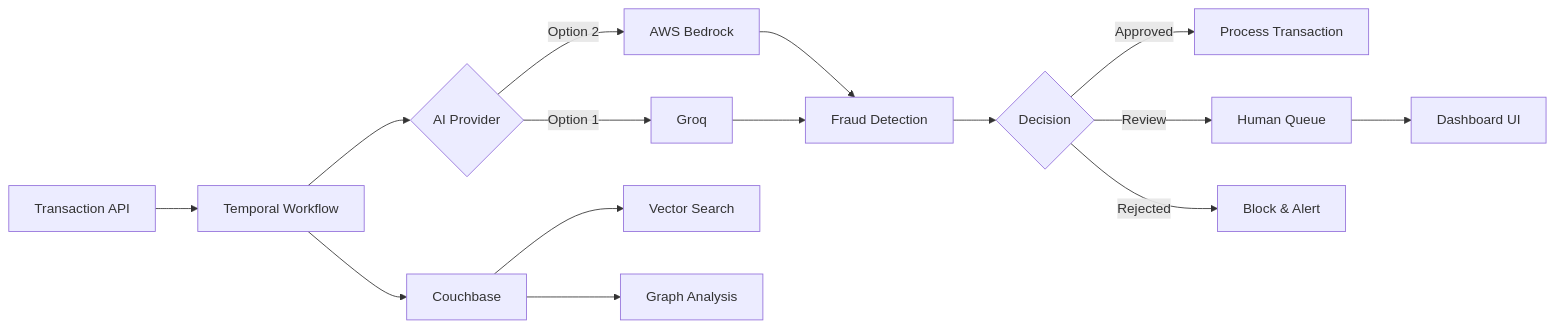
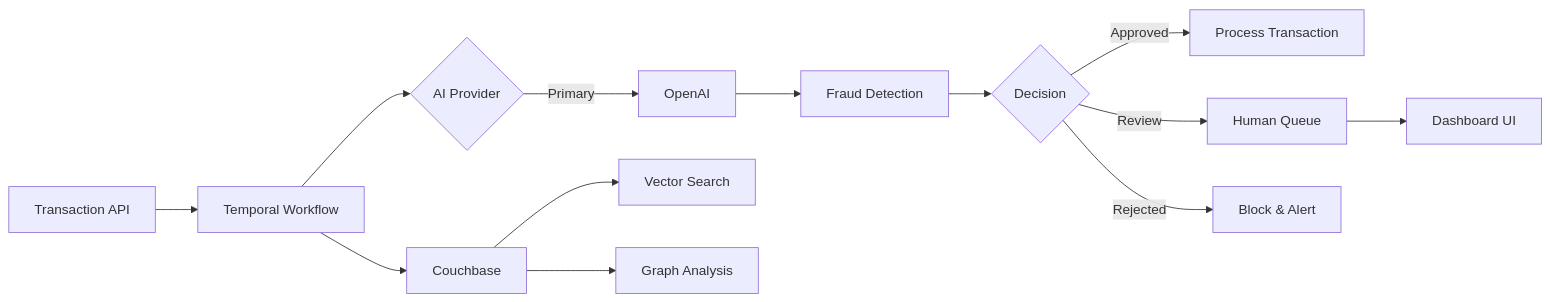
The diagram in README.md (shivaycb/temporal-couchbase-ai-agent), drawn with Mermaid before and after one commit. The commit also changed other lines of this file and 88 other files, not shown here.

````diff
--- a/README.md
+++ b/README.md
@@ -86,17 +86,15 @@
 ```mermaid
 graph LR
     A[Transaction API] --> B[Temporal Workflow]
     B --> C[Couchbase]
     B --> D{AI Provider}
-    D -->|Option 2| D1[AWS Bedrock]
-    D -->|Option 1| D2[Groq]
+    D -->|Primary| D1[OpenAI]
     C --> E[Vector Search]
     C --> F[Graph Analysis]
     D1 --> G[Fraud Detection]
-    D2 --> G[Fraud Detection]
     G --> H{Decision}
     H -->|Approved| I[Process Transaction]
     H -->|Review| J[Human Queue]
     H -->|Rejected| K[Block & Alert]
     J --> L[Dashboard UI]
 ```
````
